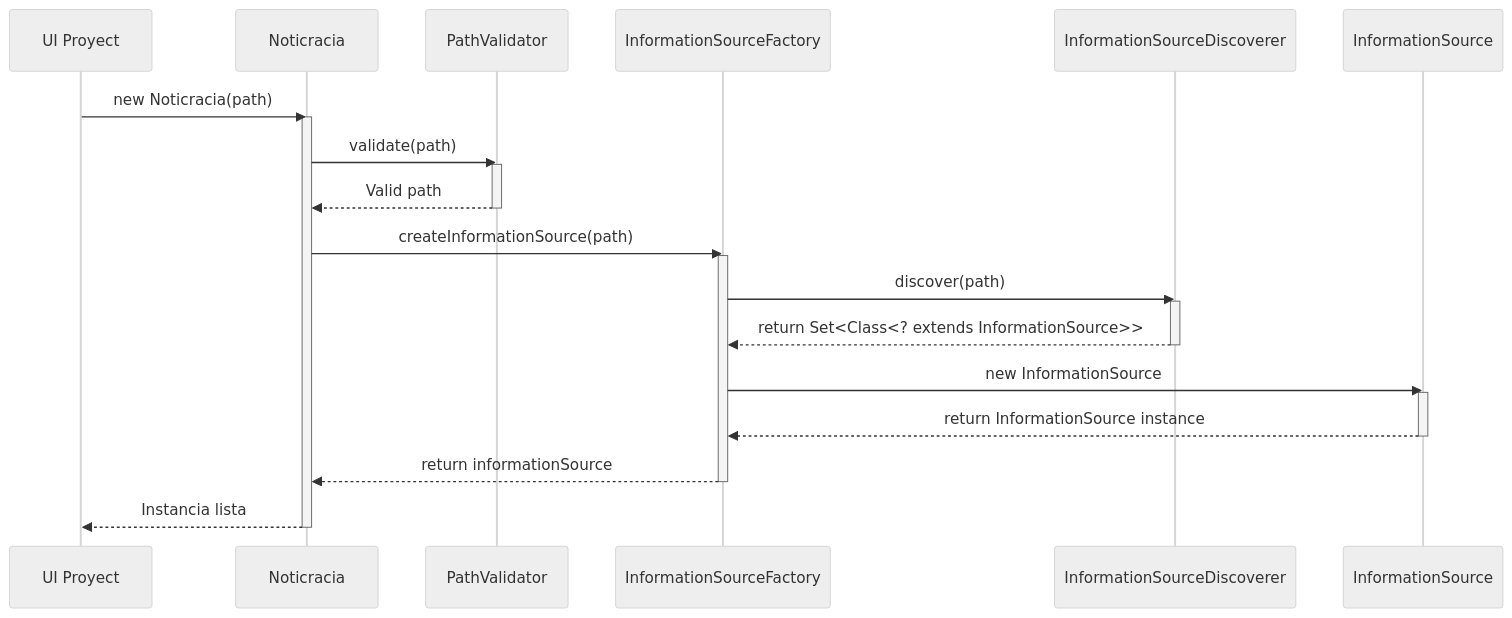
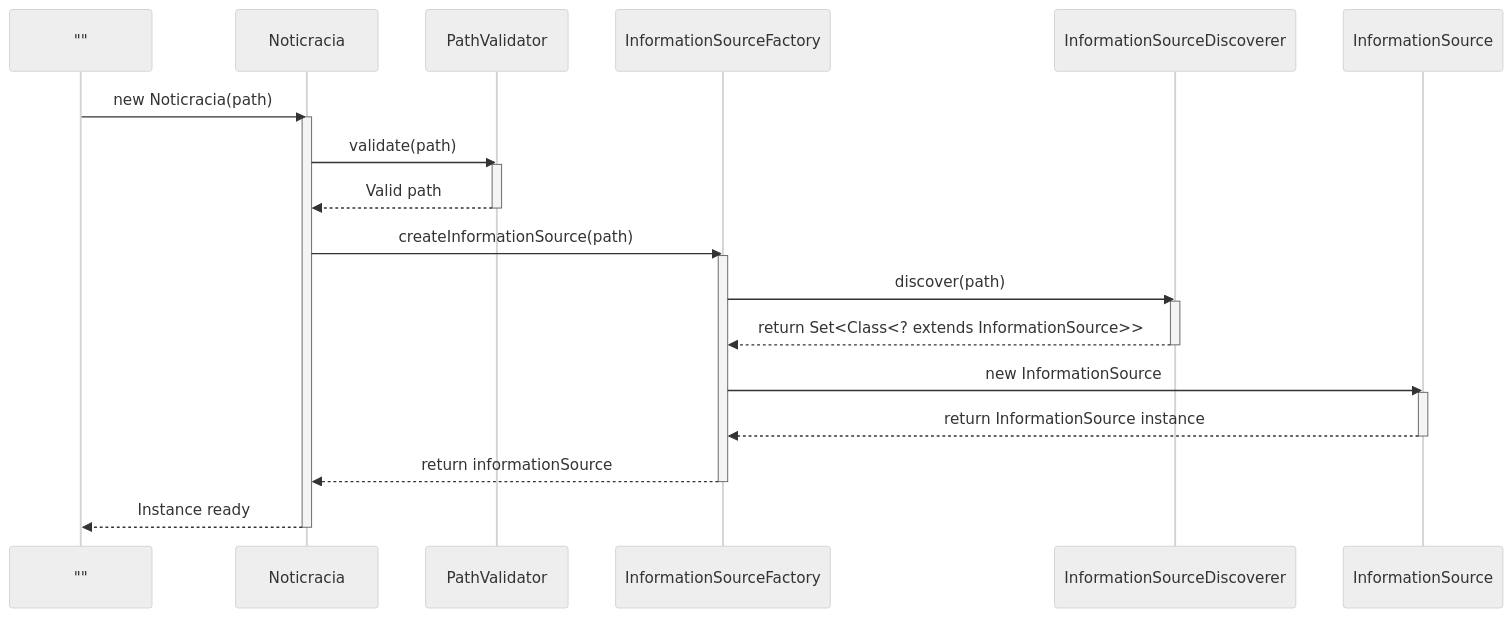
One commit to juanmanuellosada/noticracia-core changed the second of 5 diagrams in README.md. Above: the diagram before and after it, drawn with Mermaid (neutral theme). The commit also changed other lines of this file and 3 other files, not shown here.

````diff
--- a/README.md
+++ b/README.md
@@ -54,30 +54,30 @@
 ```mermaid
 sequenceDiagram
-    participant UI Proyect
+    participant ""
     participant Noticracia as Noticracia
     participant PathValidator as PathValidator
     participant InformationSourceFactory as InformationSourceFactory
     participant InformationSourceDiscoverer as InformationSourceDiscoverer
     participant InformationSource as InformationSource
-
-    UI Proyect->>Noticracia: new Noticracia(path)
+    
+    ""->>Noticracia: new Noticracia(path)
     activate Noticracia
     Noticracia->>PathValidator: validate(path)
     activate PathValidator
     PathValidator-->>Noticracia: Valid path
     deactivate PathValidator
     Noticracia->>InformationSourceFactory: createInformationSource(path)
     activate InformationSourceFactory
     InformationSourceFactory->>InformationSourceDiscoverer: discover(path)
     activate InformationSourceDiscoverer
     InformationSourceDiscoverer-->>InformationSourceFactory: return Set<Class<? extends InformationSource>>
     deactivate InformationSourceDiscoverer
     InformationSourceFactory->>InformationSource: new InformationSource
     activate InformationSource
     InformationSource-->>InformationSourceFactory: return InformationSource instance
     deactivate InformationSource
     InformationSourceFactory-->>Noticracia: return informationSource
     deactivate InformationSourceFactory
-    Noticracia-->>UI Proyect: Instancia lista
+    Noticracia-->>"": Instance ready
     deactivate Noticracia
 ```
````
